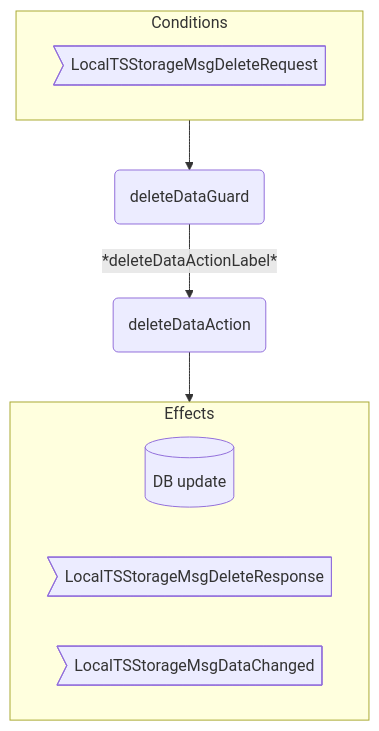
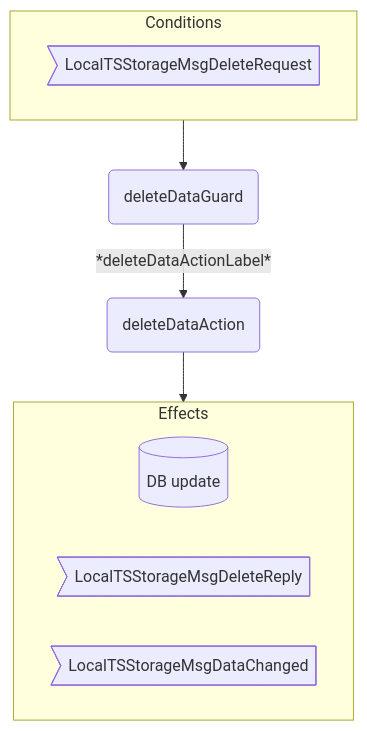
Before and after one commit to anoma/nspec: the third of 3 diagrams in docs/arch/node/engines/local_time_series_storage_behaviour.juvix.md, drawn with Mermaid. The commit also changed other lines of this file and 37 other files, not shown here.

Commit message:
Renamed all instances of "Response" to "Reply" in message interfaces for consistency across commitment, decryption, identity management, and other engines.

````diff
--- a/docs/arch/node/engines/local_time_series_storage_behaviour.juvix.md
+++ b/docs/arch/node/engines/local_time_series_storage_behaviour.juvix.md
@@ -608,17 +608,17 @@
 ```mermaid
 flowchart TD
   subgraph C[Conditions]
     CMsg>LocalTSStorageMsgDeleteRequest]
   end
 
   G(deleteDataGuard)
   A(deleteDataAction)
 
   C --> G -- *deleteDataActionLabel* --> A --> E
 
   subgraph E[Effects]
     EEnv[(DB update)]
-    EMsg1>LocalTSStorageMsgDeleteResponse]
+    EMsg1>LocalTSStorageMsgDeleteReply]
     EMsg2>LocalTSStorageMsgDataChanged]
   end
 ```
````
